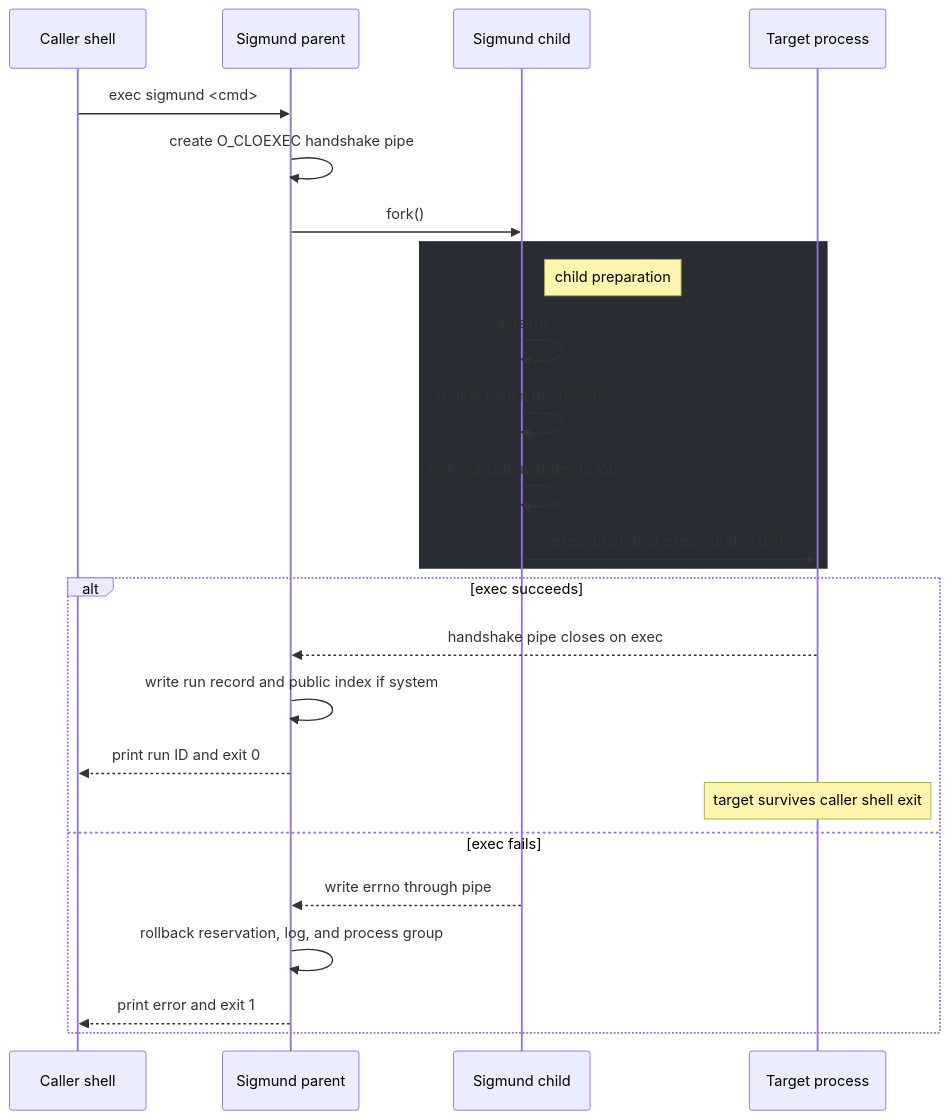
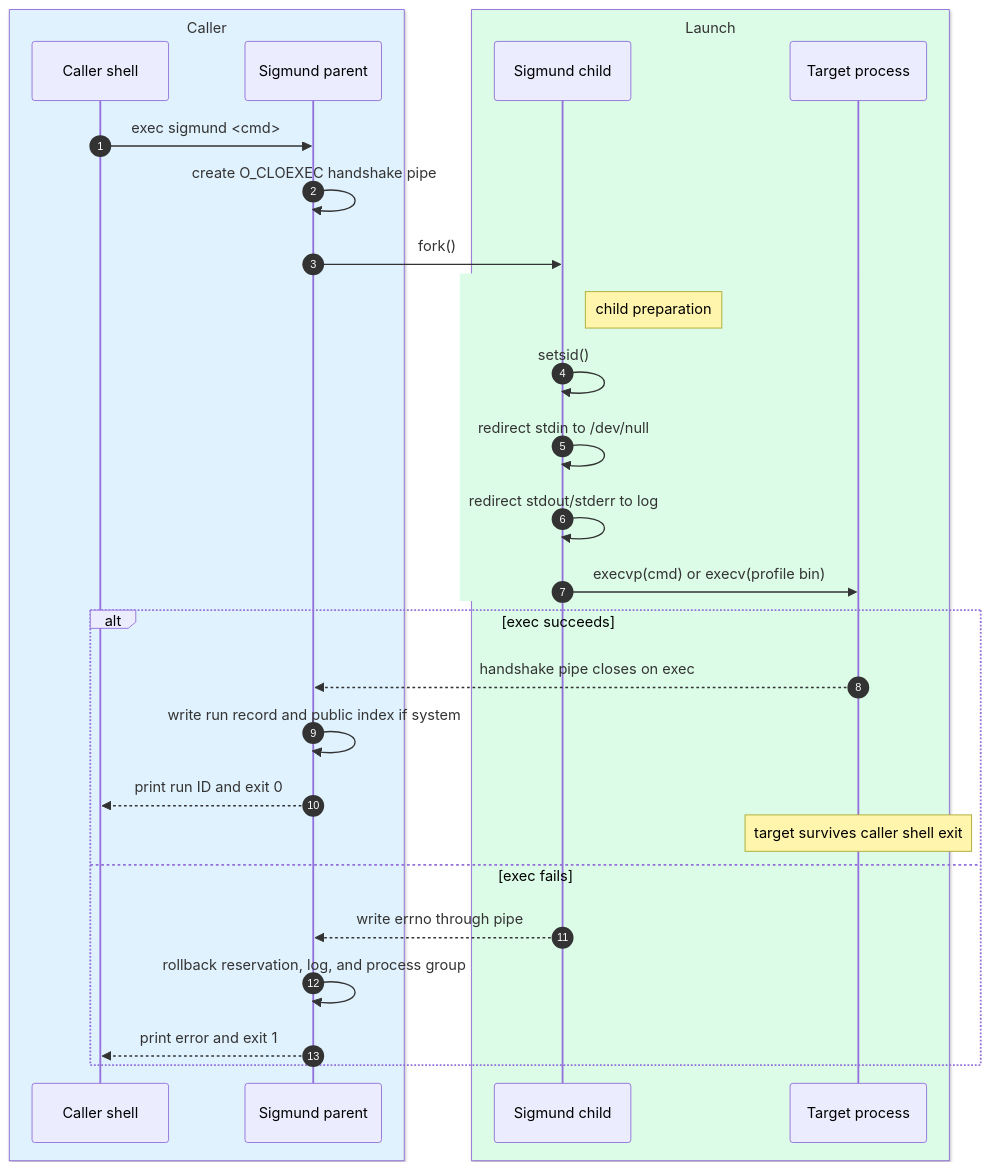
The fourth of 4 diagrams in README.md (RchGrav/onhold), drawn with Mermaid before and after one commit. The commit also changed other lines of this file and 13 other files, not shown here.

````diff
--- a/README.md
+++ b/README.md
@@ -450,30 +478,35 @@
 ```mermaid
 sequenceDiagram
+    autonumber
+    box rgb(224, 242, 254) Caller
     participant Shell as Caller shell
     participant Parent as Sigmund parent
+    end
+    box rgb(220, 252, 231) Launch
     participant Child as Sigmund child
     participant Target as Target process
+    end
 
     Shell->>Parent: exec sigmund <cmd>
     Parent->>Parent: create O_CLOEXEC handshake pipe
     Parent->>Child: fork()
 
-    rect rgb(40, 44, 52)
+    rect rgb(220, 252, 231)
         Note right of Child: child preparation
         Child->>Child: setsid()
         Child->>Child: redirect stdin to /dev/null
         Child->>Child: redirect stdout/stderr to log
         Child->>Target: execvp(cmd) or execv(profile bin)
     end
 
     alt exec succeeds
         Target-->>Parent: handshake pipe closes on exec
         Parent->>Parent: write run record and public index if system
         Parent-->>Shell: print run ID and exit 0
         Note over Target: target survives caller shell exit
     else exec fails
         Child-->>Parent: write errno through pipe
         Parent->>Parent: rollback reservation, log, and process group
         Parent-->>Shell: print error and exit 1
     end
 ```
````
